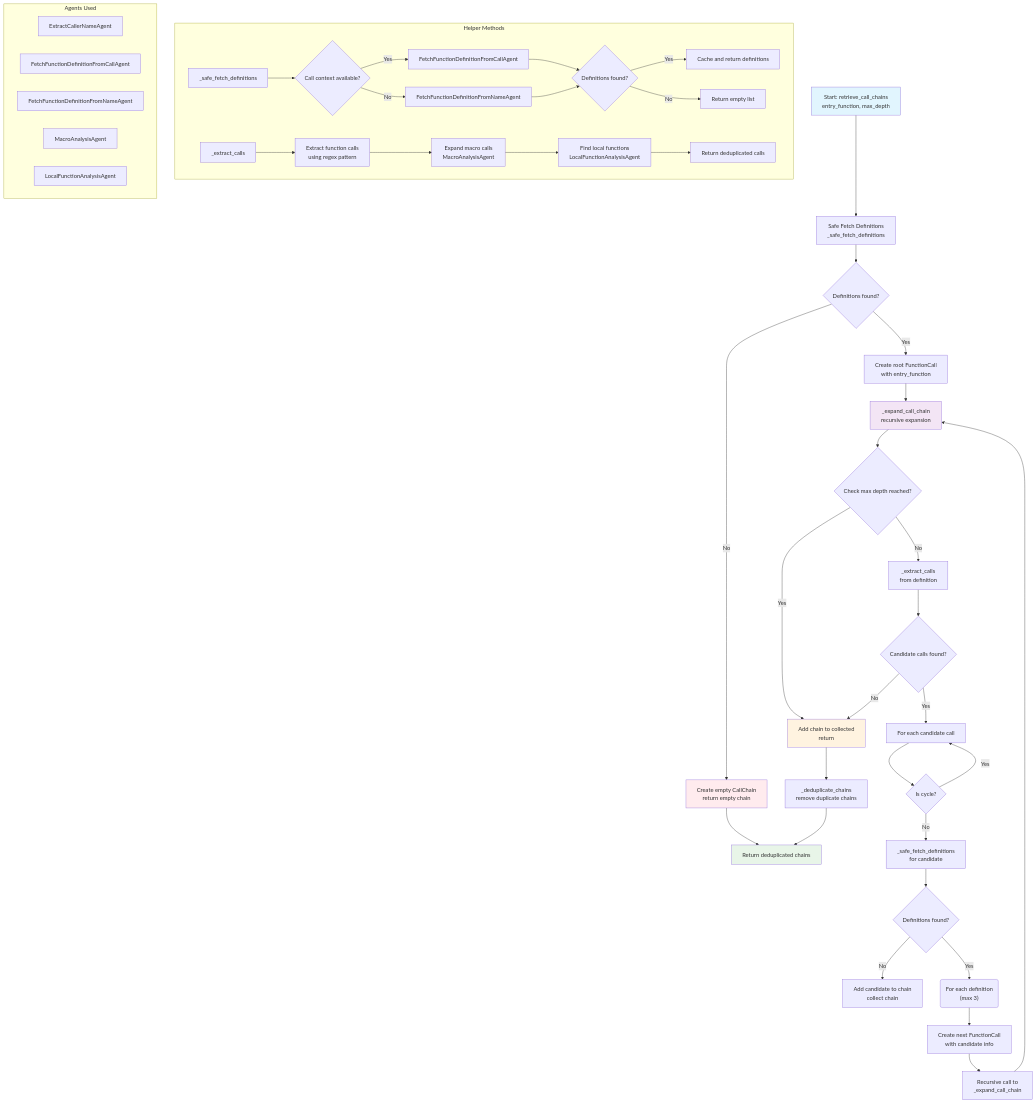
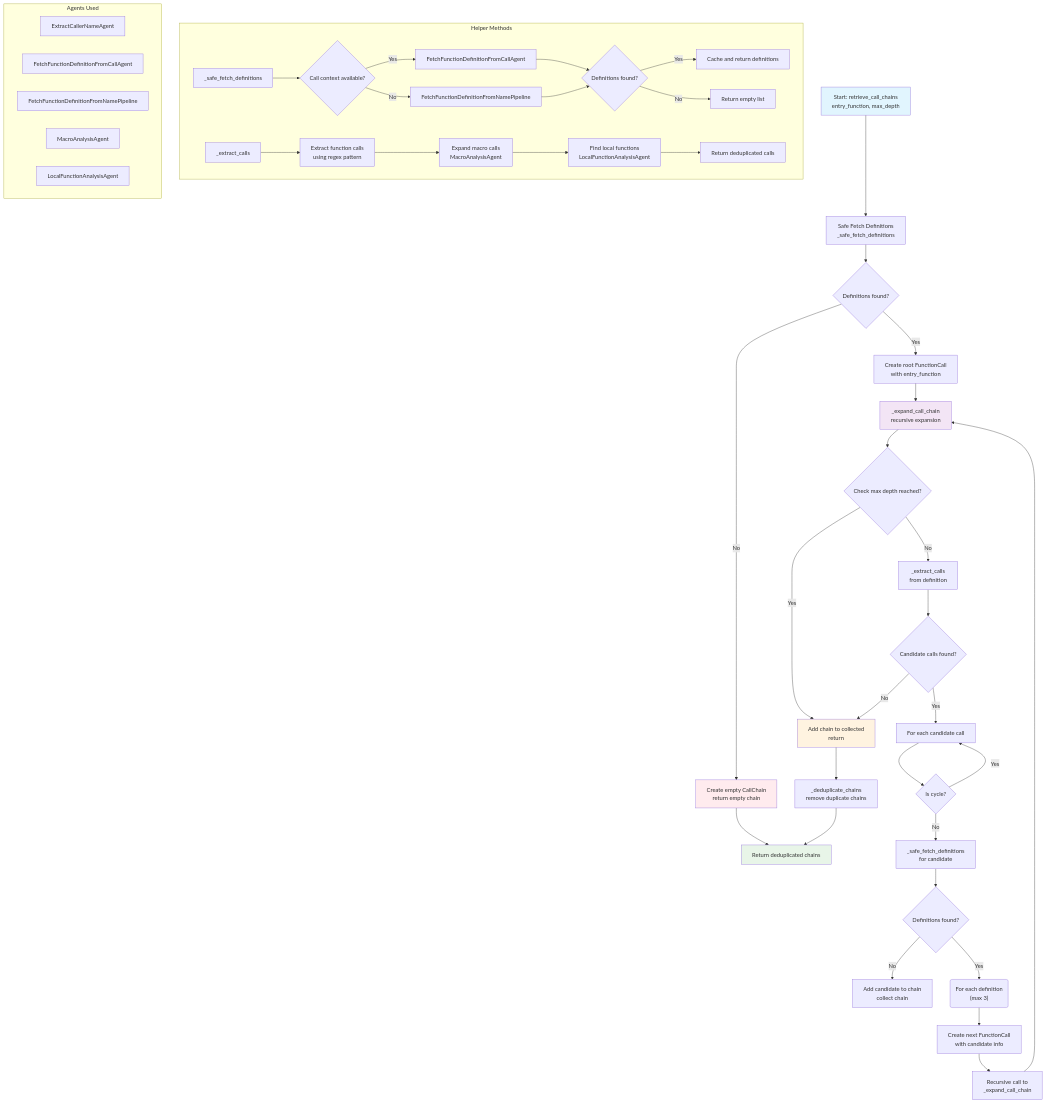
The diagram in docs/call_chain_retrieval_agent_workflow.md (RAG4SE/RAGalyze), drawn with Mermaid before and after one commit. The commit also changed 84 other files, not shown here.

````diff
--- a/docs/call_chain_retrieval_agent_workflow.md
+++ b/docs/call_chain_retrieval_agent_workflow.md
@@ -1,55 +1,55 @@
 ```mermaid
 graph TD
     A[Start: retrieve_call_chains<br/>entry_function, max_depth] --> B[Safe Fetch Definitions<br/>_safe_fetch_definitions]
     B --> C{Definitions found?}
     C -->|Yes| D[Create root FunctionCall<br/>with entry_function]
     C -->|No| E[Create empty CallChain<br/>return empty chain]
     D --> F[_expand_call_chain<br/>recursive expansion]
     E --> Z[Return deduplicated chains]
     F --> G{Check max depth reached?}
     G -->|Yes| H[Add chain to collected<br/>return]
     G -->|No| I[_extract_calls<br/>from definition]
     I --> J{Candidate calls found?}
     J -->|No| H
     J -->|Yes| K[For each candidate call]
     K --> L{Is cycle?}
     L -->|Yes| K
     L -->|No| M[_safe_fetch_definitions<br/>for candidate]
     M --> N{Definitions found?}
     N -->|No| O[Add candidate to chain<br/>collect chain]
     N -->|Yes| P("For each definition<br/>(max 3)")
     P --> Q["Create next FunctionCall<br/>with candidate info"]
     Q --> R[Recursive call to<br/>_expand_call_chain]
     R --> F
     H --> S[_deduplicate_chains<br/>remove duplicate chains]
     S --> Z
 
     subgraph "Helper Methods"
         AA[_safe_fetch_definitions] --> AAA{Call context available?}
         AAA -->|Yes| BBB[FetchFunctionDefinitionFromCallAgent]
-        AAA -->|No| CCC[FetchFunctionDefinitionFromNameAgent]
+        AAA -->|No| CCC[FetchFunctionDefinitionFromNamePipeline]
         BBB --> DDD{Definitions found?}
         CCC --> DDD
         DDD -->|Yes| EEE[Cache and return definitions]
         DDD -->|No| FFF[Return empty list]
 
         GG[_extract_calls] --> HH[Extract function calls<br/>using regex pattern]
         HH --> II[Expand macro calls<br/>MacroAnalysisAgent]
         II --> JJ[Find local functions<br/>LocalFunctionAnalysisAgent]
         JJ --> KK[Return deduplicated calls]
     end
 
     subgraph "Agents Used"
         U[ExtractCallerNameAgent]
         V[FetchFunctionDefinitionFromCallAgent]
-        W[FetchFunctionDefinitionFromNameAgent]
+        W[FetchFunctionDefinitionFromNamePipeline]
         X[MacroAnalysisAgent]
         Y[LocalFunctionAnalysisAgent]
     end
 
     style A fill:#e1f5fe
     style Z fill:#e8f5e8
     style E fill:#ffebee
     style H fill:#fff3e0
     style F fill:#f3e5f5
 ```
````
